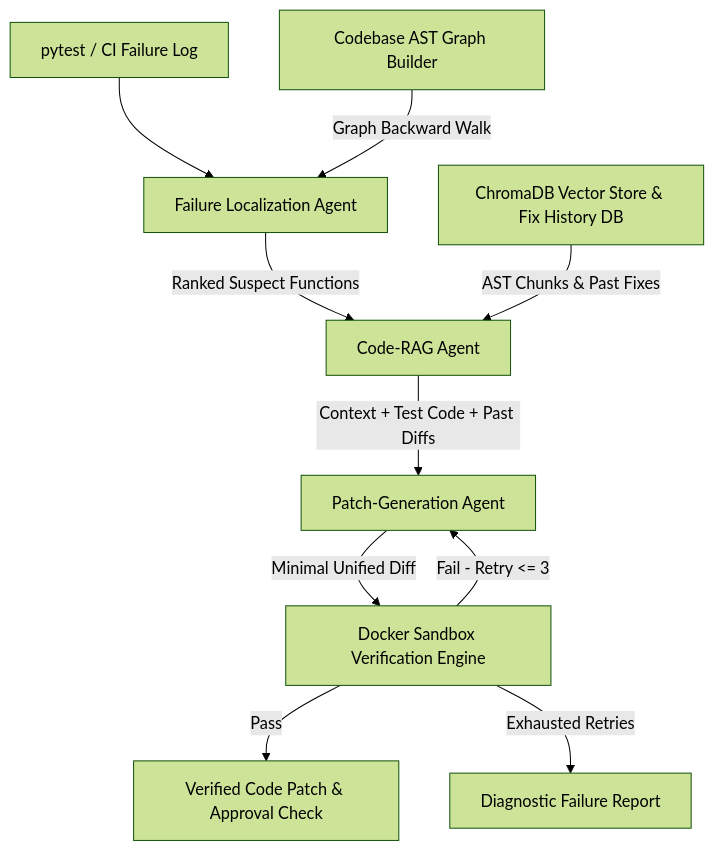
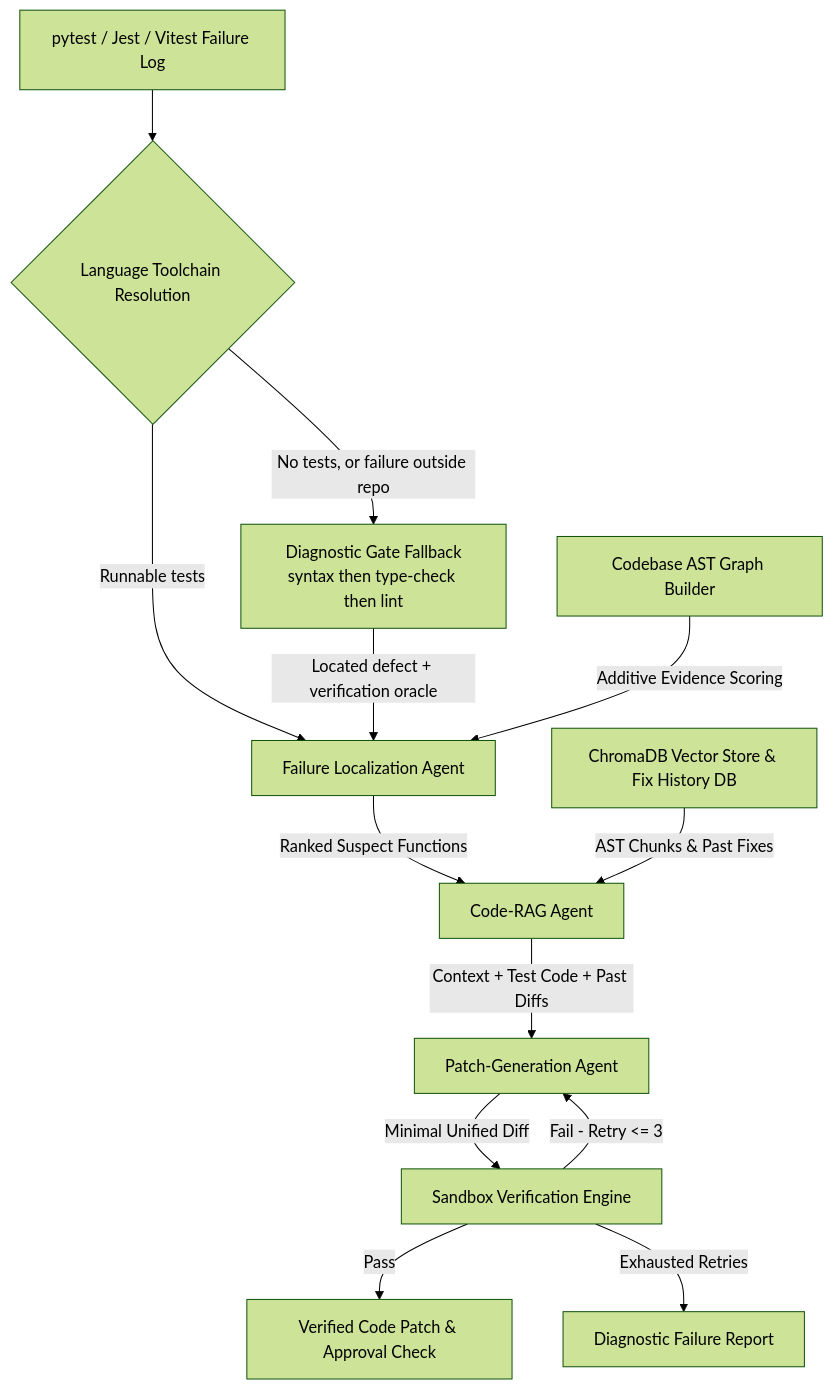
Before and after one commit to devam1912/Fixate: the diagram in README.md, drawn with Mermaid (forest theme). The commit also changed other lines of this file, not shown here.

Commit message:
Updated README to document language toolchains, diagnostic gates and verification oracles

````diff
--- a/README.md
+++ b/README.md
@@ -15,12 +15,15 @@
 ```mermaid
 flowchart TD
-    A[pytest / CI Failure Log] --> B[Failure Localization Agent]
-    C[Codebase AST Graph Builder] -->|Graph Backward Walk| B
+    A[pytest / Jest / Vitest Failure Log] --> T{Language Toolchain Resolution}
+    T -->|Runnable tests| B[Failure Localization Agent]
+    T -->|No tests, or failure outside repo| J[Diagnostic Gate Fallback<br/>syntax then type-check then lint]
+    J -->|Located defect + verification oracle| B
+    C[Codebase AST Graph Builder] -->|Additive Evidence Scoring| B
     B -->|Ranked Suspect Functions| D[Code-RAG Agent]
     E[ChromaDB Vector Store & Fix History DB] -->|AST Chunks & Past Fixes| D
     D -->|Context + Test Code + Past Diffs| F[Patch-Generation Agent]
-    F -->|Minimal Unified Diff| G[Docker Sandbox Verification Engine]
+    F -->|Minimal Unified Diff| G[Sandbox Verification Engine]
     G -->|Pass| H[Verified Code Patch & Approval Check]
     G -->|Fail - Retry <= 3| F
     G -->|Exhausted Retries| I[Diagnostic Failure Report]
 ```
````
